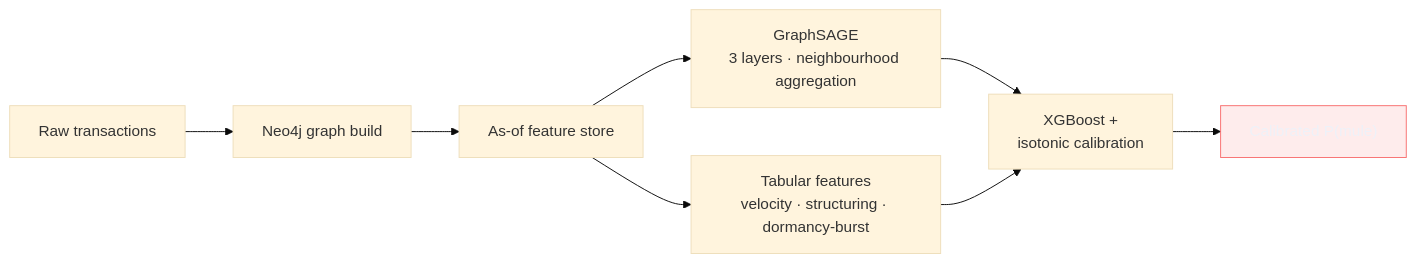
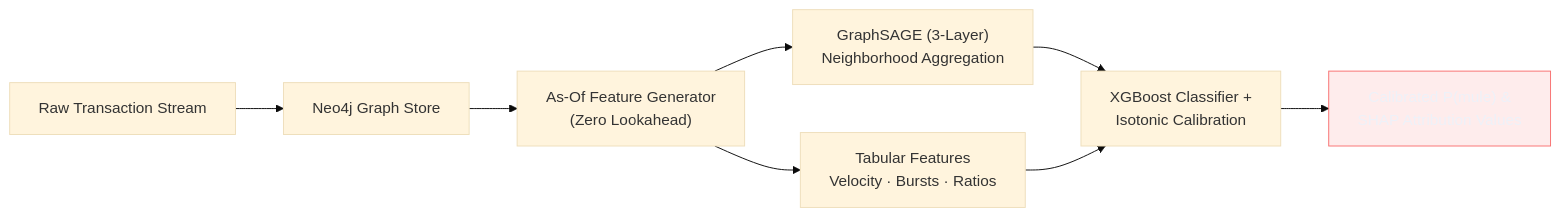
Before and after one commit to Pranav-Pardeshii/Ovi-V3: the fifth of 7 diagrams in README.md, drawn with Mermaid (base theme). The commit also changed other lines of this file, not shown here.

Commit message:
docs: revamp README for SIH screening round with unified features and executive summary

````diff
--- a/README.md
+++ b/README.md
@@ -271,11 +257,11 @@
 ```mermaid
 flowchart LR
-    A["Raw transactions"] --> B["Neo4j graph build"]
-    B --> C["As-of feature store"]
-    C --> D["GraphSAGE<br/>3 layers · neighbourhood aggregation"]
-    C --> E["Tabular features<br/>velocity · structuring · dormancy-burst"]
-    D --> F["XGBoost +<br/>isotonic calibration"]
+    A["Raw Transaction Stream"] --> B["Neo4j Graph Store"]
+    B --> C["As-Of Feature Generator<br/>(Zero Lookahead)"]
+    C --> D["GraphSAGE (3-Layer)<br/>Neighborhood Aggregation"]
+    C --> E["Tabular Features<br/>Velocity · Bursts · Ratios"]
+    D --> F["XGBoost Classifier +<br/>Isotonic Calibration"]
     E --> F
-    F --> G["Calibrated P(mule)"]
+    F --> G["Calibrated P(mule) &<br/>SHAP Attribution Values"]
     style G fill:#F8717122,stroke:#F87171,color:#EEF1F8
 ```
````
